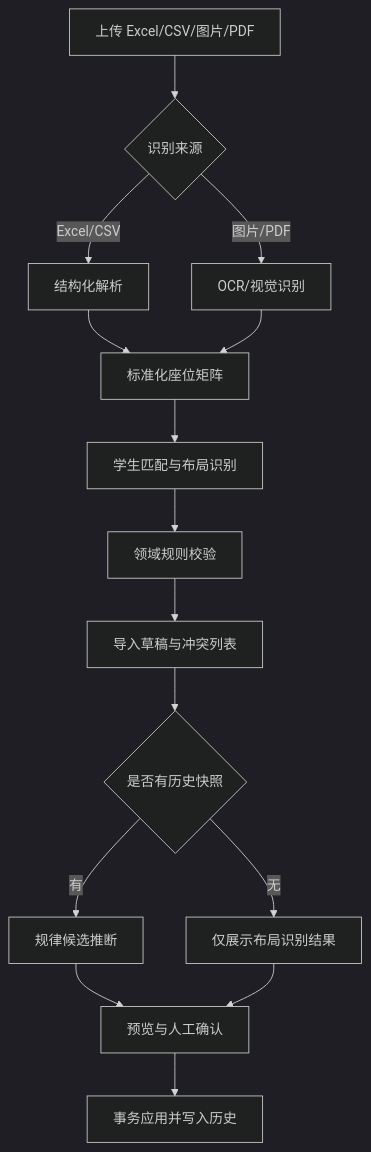
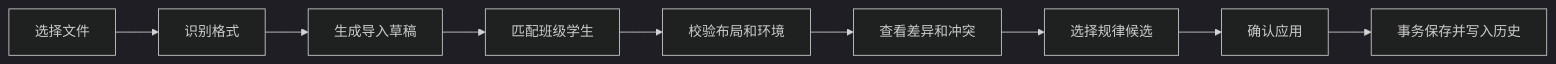
The diagram in docs/specs/06-seating-import-intelligence.md (kkzzyyt/school), drawn with Mermaid (dark theme) before and after one commit. The commit also changed other lines of this file and 1 other file, not shown here.

````diff
--- a/docs/specs/06-seating-import-intelligence.md
+++ b/docs/specs/06-seating-import-intelligence.md
@@ -41,17 +43,11 @@
 ```mermaid
-flowchart TD
-  A[上传 Excel/CSV/图片/PDF] --> B{识别来源}
-  B -->|Excel/CSV| C[结构化解析]
-  B -->|图片/PDF| D[OCR/视觉识别]
-  C --> E[标准化座位矩阵]
-  D --> E
-  E --> F[学生匹配与布局识别]
-  F --> G[领域规则校验]
-  G --> H[导入草稿与冲突列表]
-  H --> I{是否有历史快照}
-  I -->|有| J[规律候选推断]
-  I -->|无| K[仅展示布局识别结果]
-  J --> L[预览与人工确认]
-  K --> L
-  L --> M[事务应用并写入历史]
+flowchart LR
+  A[选择文件] --> B[识别格式]
+  B --> C[生成导入草稿]
+  C --> D[匹配班级学生]
+  D --> E[校验布局和环境]
+  E --> F[查看差异和冲突]
+  F --> G[选择规律候选]
+  G --> H[确认应用]
+  H --> I[事务保存并写入历史]
 ```
````
